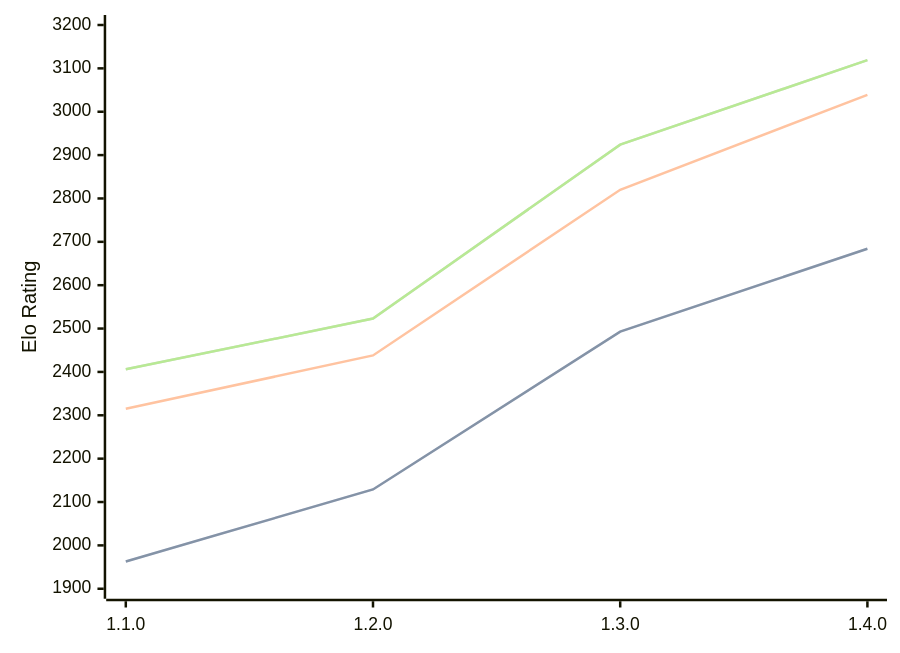
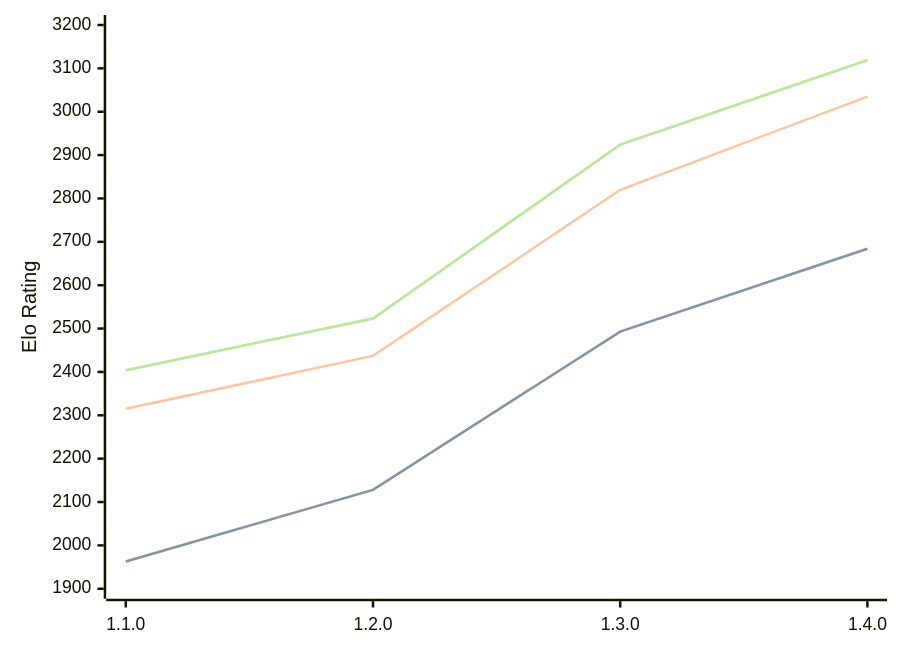
Before and after one commit to computer-chess-index/cci: the diagram in engines/Gyatso.md, drawn with Mermaid. The commit also changed other lines of this file, not shown here.

Commit message:
Update CCI Ratings (ELO VLTC) - 2026-09-17

````diff
--- a/engines/Gyatso.md
+++ b/engines/Gyatso.md
@@ -36,11 +36,11 @@
 ```mermaid
 %%{init: {"theme":"base","themeVariables":{"seriesColors:['#a3a3a3','#222221','#faa371']}}}%%
 xychart-beta
   x-axis ["1.1.0", "1.2.0", "1.3.0", "1.4.0"]
   y-axis "Elo Rating" 1900 --> 3200
-  line "" [1963, 2129, 2493, 2684]
-  line "STC (8.0+0.08s)" [1963, 2129, 2493, 2684]
-  line "LTC (60.0+0.60s)" [2315, 2438, 2820, 3039]
-  line "" [2406, 2523, 2924, 3119]
-  line "VLTC (2m24s+1.12s)" [2406, 2523, 2924, 3119]
+  line "" [1963, 2128, 2493, 2684]
+  line "STC (8.0+0.08s)" [1963, 2128, 2493, 2684]
+  line "LTC (60.0+0.60s)" [2315, 2437, 2820, 3035]
+  line "" [2404, 2523, 2924, 3119]
+  line "VLTC (2m24s+1.12s)" [2404, 2523, 2924, 3119]
 ```
````
